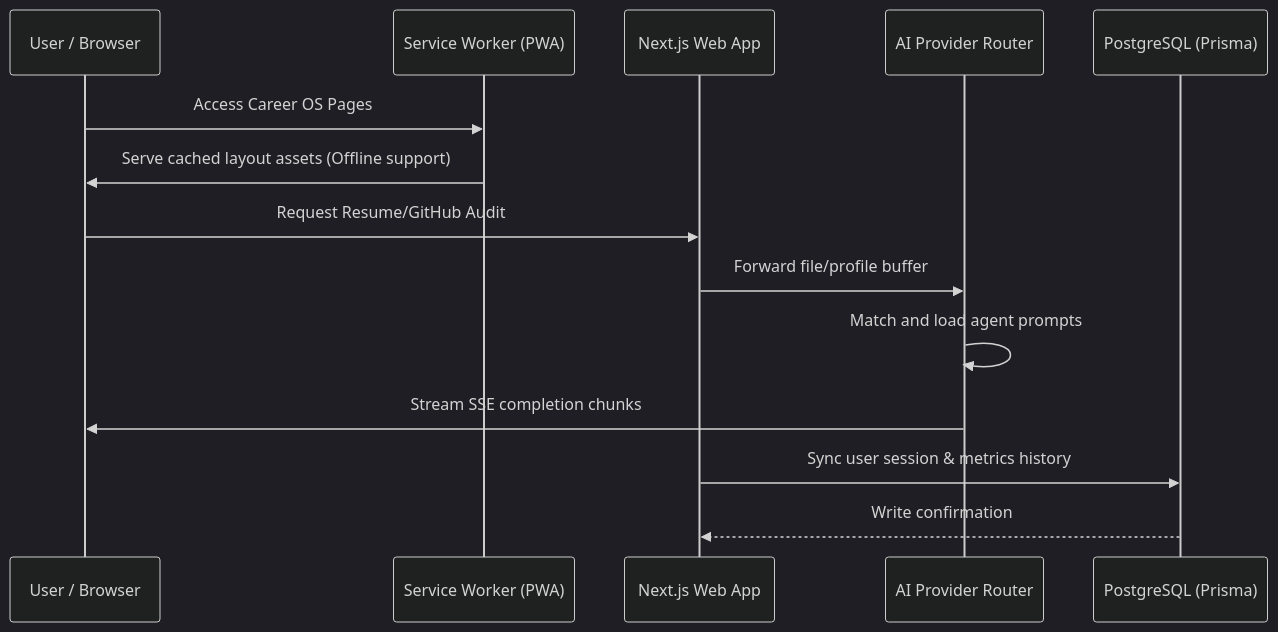
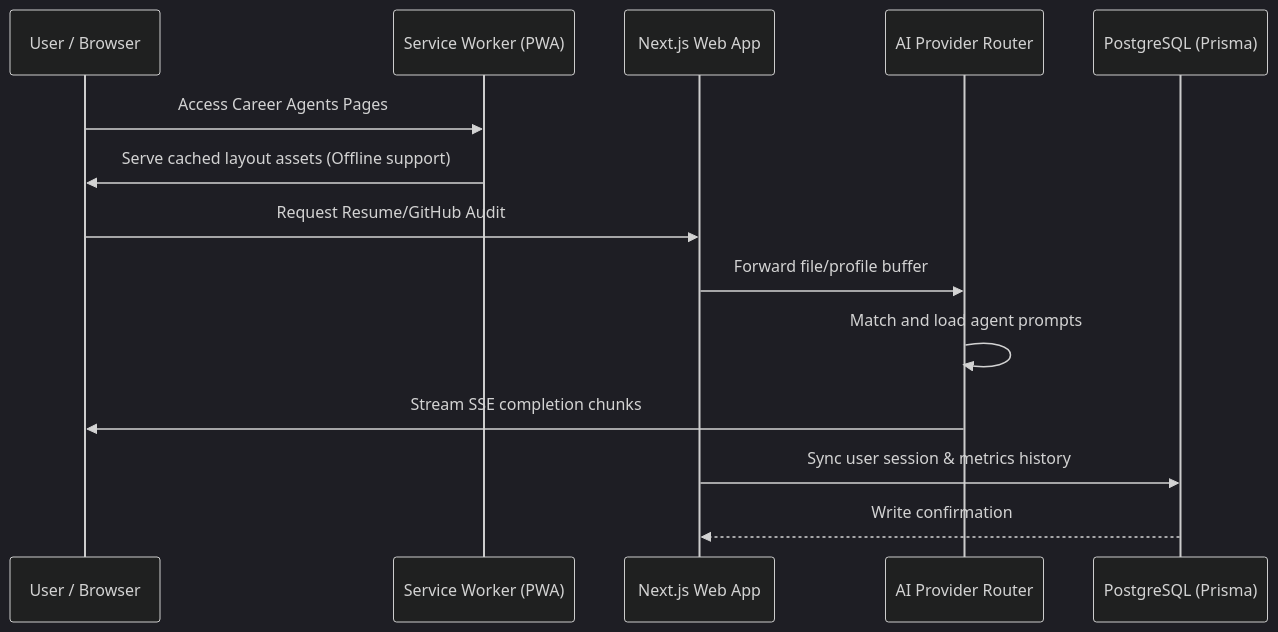
The first of 2 diagrams in README.md (karthikrshet/Career-Agents), drawn with Mermaid (dark theme) before and after one commit. The commit also changed other lines of this file and 151 other files, not shown here.

First line of the commit message:
feat(security): integrate SSRF defense network and rebrand platform to Career Agents

````diff
--- a/README.md
+++ b/README.md
@@ -539,17 +489,17 @@
 ```mermaid
 sequenceDiagram
     participant User as User / Browser
     participant SW as Service Worker (PWA)
     participant NextJS as Next.js Web App
     participant Router as AI Provider Router
     participant DB as PostgreSQL (Prisma)
     
-    User->>SW: Access Career OS Pages
+    User->>SW: Access Career Agents Pages
     SW->>User: Serve cached layout assets (Offline support)
     User->>NextJS: Request Resume/GitHub Audit
     NextJS->>Router: Forward file/profile buffer
     Router->>Router: Match and load agent prompts
     Router->>User: Stream SSE completion chunks
     NextJS->>DB: Sync user session & metrics history
     DB-->>NextJS: Write confirmation
 ```
````
